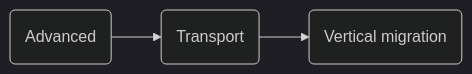
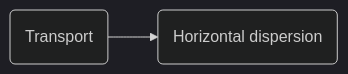
Before and after one commit to ichthyop/ichthyop-practical-session: the second of 7 diagrams in ichthyop-training.qmd, drawn with Mermaid (dark theme). The commit also changed other lines of this file and 3 other files, not shown here.

````diff
--- a/ichthyop-training.qmd
+++ b/ichthyop-training.qmd
@@ -166,8 +152,6 @@
 ```{mermaid}
-flowchart LR
-id1(Advanced)
-id2(Transport)
-id3(Vertical migration)
-id1 --> id2
-id2 --> id3
+   flowchart LR
+   id2(Transport)
+   id3(Horizontal dispersion)
+   id2 --> id3
 ```
````
